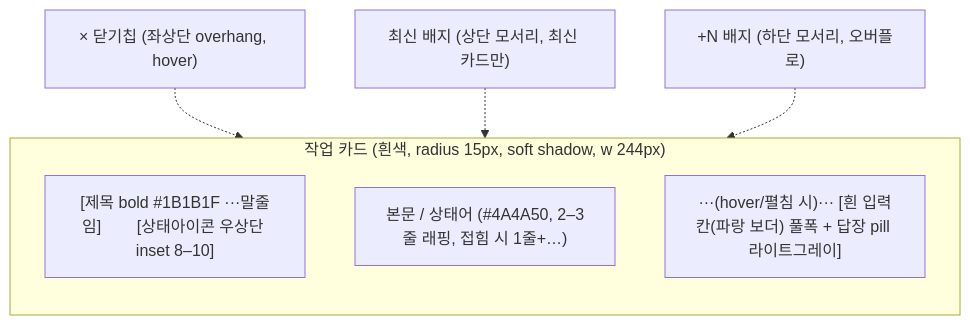
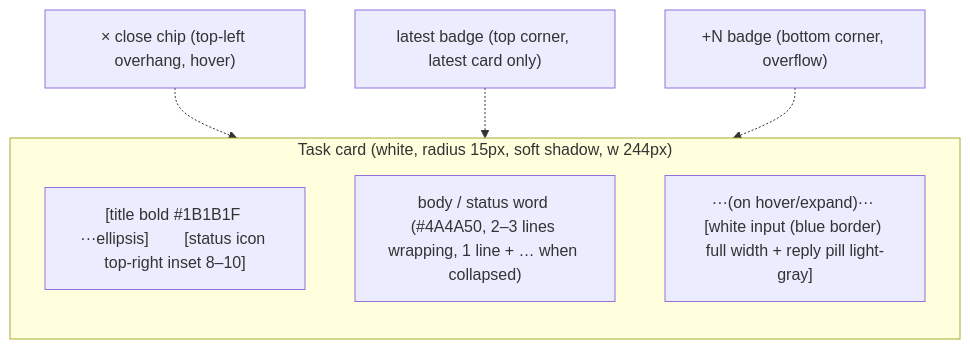
The second of 8 diagrams in docs/04-pet-ui/pet-and-cards.md (amsminn/Claude-Pet), drawn with Mermaid before and after one commit. The commit also changed other lines of this file and 48 other files, not shown here.

````diff
--- a/docs/04-pet-ui/pet-and-cards.md
+++ b/docs/04-pet-ui/pet-and-cards.md
@@ -186,12 +186,12 @@
 ```mermaid
 flowchart TB
-    subgraph card["작업 카드 (흰색, radius 15px, soft shadow, w 244px)"]
+    subgraph card["Task card (white, radius 15px, soft shadow, w 244px)"]
         direction TB
-        top["[제목 bold #1B1B1F ···말줄임]        [상태아이콘 우상단 inset 8–10]"]
-        body["본문 / 상태어 (#4A4A50, 2–3줄 래핑, 접힘 시 1줄+…)"]
-        reply["···(hover/펼침 시)··· [흰 입력칸(파랑 보더) 풀폭 + 답장 pill 라이트그레이]"]
+        top["[title bold #1B1B1F ···ellipsis]        [status icon top-right inset 8–10]"]
+        body["body / status word (#4A4A50, 2–3 lines wrapping, 1 line + … when collapsed)"]
+        reply["···(on hover/expand)··· [white input (blue border) full width + reply pill light-gray]"]
     end
-    closebadge["× 닫기칩 (좌상단 overhang, hover)"] -.-> card
-    latest["최신 배지 (상단 모서리, 최신 카드만)"] -.-> card
-    plusN["+N 배지 (하단 모서리, 오버플로)"] -.-> card
+    closebadge["× close chip (top-left overhang, hover)"] -.-> card
+    latest["latest badge (top corner, latest card only)"] -.-> card
+    plusN["+N badge (bottom corner, overflow)"] -.-> card
 ```
````
